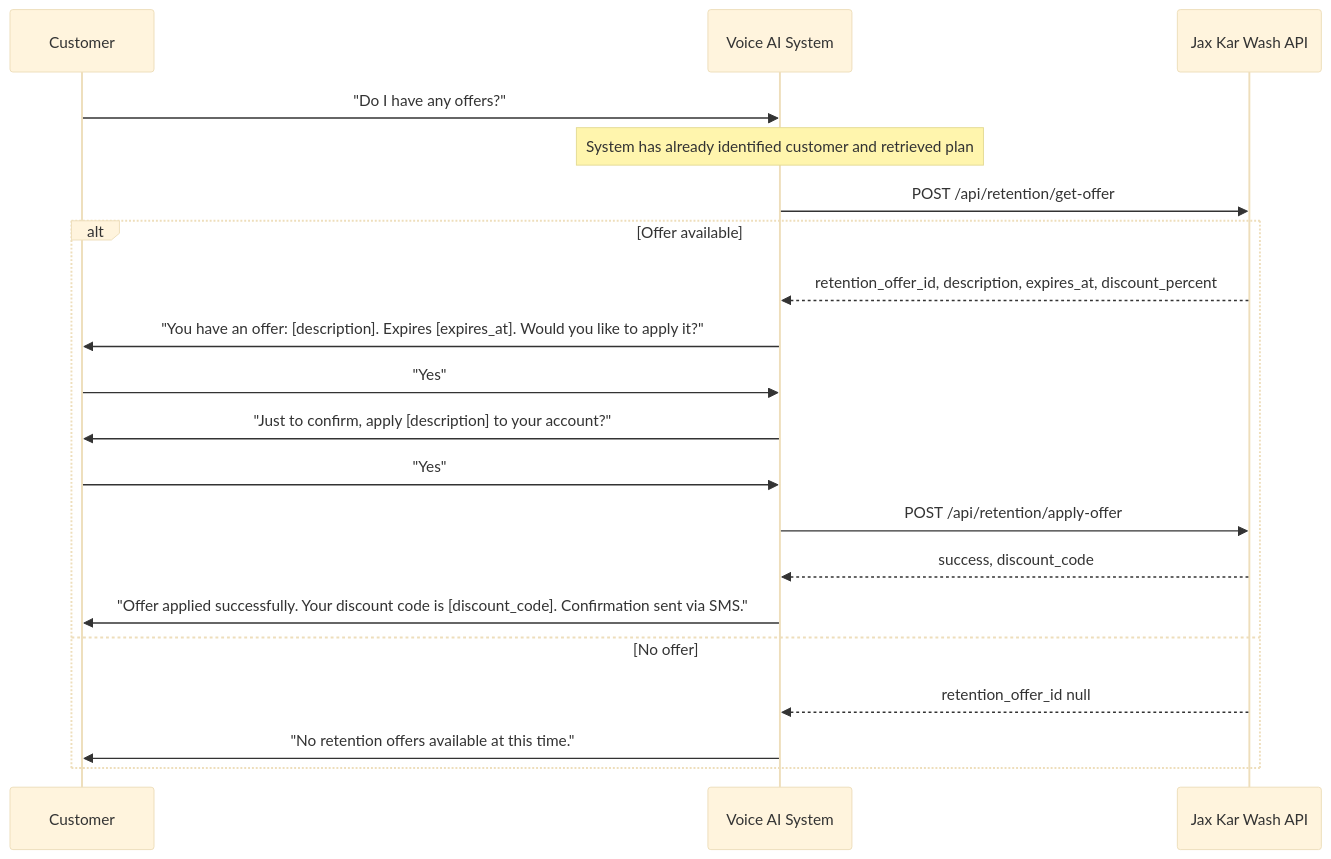
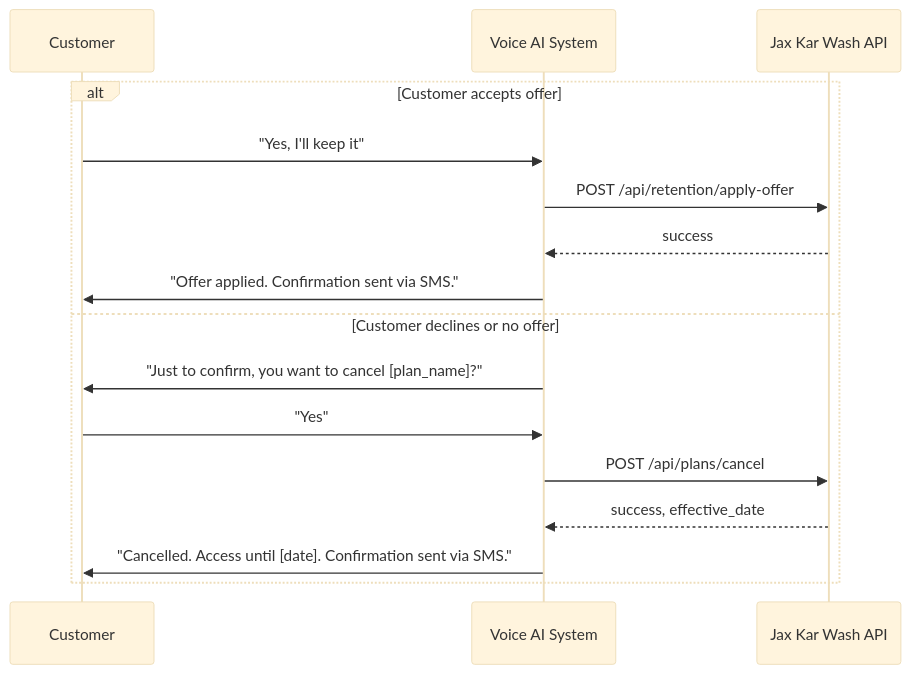
The seventh of 13 diagrams in Jax-Kar-Wash-API-Integration–Discussion-Document.md (HelloWash/Public), drawn with Mermaid (base theme) before and after one commit. The commit also changed other lines of this file, not shown here.

````diff
--- a/Jax-Kar-Wash-API-Integration–Discussion-Document.md
+++ b/Jax-Kar-Wash-API-Integration–Discussion-Document.md
@@ -762,23 +705,19 @@
 ```mermaid
 sequenceDiagram
     participant Customer
     participant System as Voice AI System
     participant API as Jax Kar Wash API
 
-    Customer->>System: "Do I have any offers?"
-    Note over System: System has already identified customer and retrieved plan
-    System->>API: POST /api/retention/get-offer
-    alt Offer available
-        API-->>System: retention_offer_id, description, expires_at, discount_percent
-        System->>Customer: "You have an offer: [description]. Expires [expires_at]. Would you like to apply it?"
+    alt Customer accepts offer
+        Customer->>System: "Yes, I'll keep it"
+        System->>API: POST /api/retention/apply-offer
+        API-->>System: success
+        System->>Customer: "Offer applied. Confirmation sent via SMS."
+    else Customer declines or no offer
+        System->>Customer: "Just to confirm, you want to cancel [plan_name]?"
         Customer->>System: "Yes"
-        System->>Customer: "Just to confirm, apply [description] to your account?"
-        Customer->>System: "Yes"
-        System->>API: POST /api/retention/apply-offer
-        API-->>System: success, discount_code
-        System->>Customer: "Offer applied successfully. Your discount code is [discount_code]. Confirmation sent via SMS."
-    else No offer
-        API-->>System: retention_offer_id null
-        System->>Customer: "No retention offers available at this time."
+        System->>API: POST /api/plans/cancel
+        API-->>System: success, effective_date
+        System->>Customer: "Cancelled. Access until [date]. Confirmation sent via SMS."
     end
 ```
````
